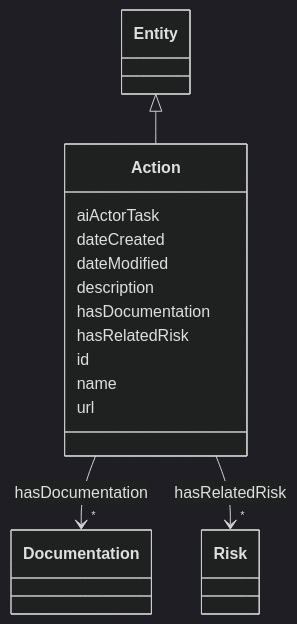
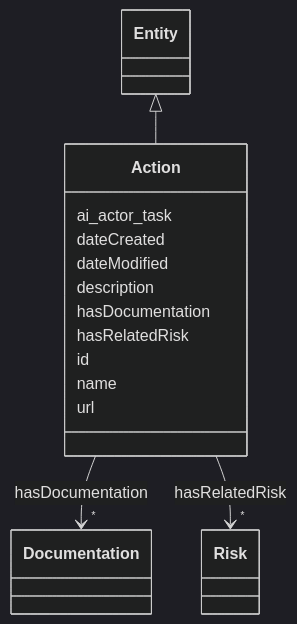
The diagram in docs/ontology/Action.md (zrlfba/risk-atlas-nexus), drawn with Mermaid (dark theme) before and after one commit. The commit also changed other lines of this file and 60 other files, not shown here.

````diff
--- a/docs/ontology/Action.md
+++ b/docs/ontology/Action.md
@@ -19,41 +19,41 @@
 ```mermaid
  classDiagram
     class Action
     click Action href "../Action"
       Entity <|-- Action
         click Entity href "../Entity"
       
-      Action : aiActorTask
+      Action : ai_actor_task
         
       Action : dateCreated
         
       Action : dateModified
         
       Action : description
         
       Action : hasDocumentation
         
           
     
     
     Action --> "*" Documentation : hasDocumentation
     click Documentation href "../Documentation"
 
         
       Action : hasRelatedRisk
         
           
     
     
     Action --> "*" Risk : hasRelatedRisk
     click Risk href "../Risk"
 
         
       Action : id
         
       Action : name
         
       Action : url
         
       
 ```
````
